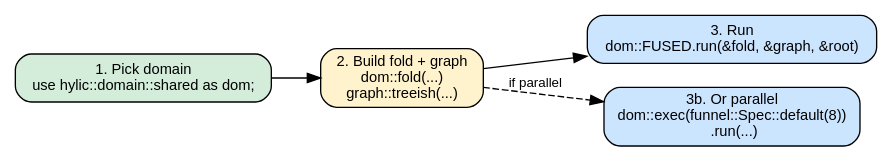
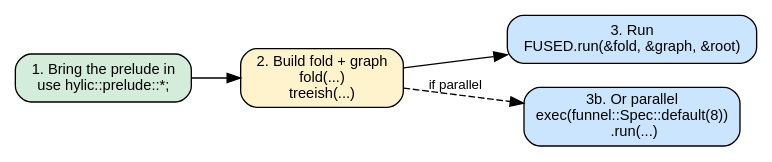
Before and after one commit to hylic-recursion/hylic-docs: the third of 3 diagrams in book/src/guides/concept_map.md, drawn with Graphviz. The commit also changed other lines of this file and 15 other files, not shown here.

````diff
--- a/book/src/guides/concept_map.md
+++ b/book/src/guides/concept_map.md
@@ -123,15 +123,15 @@
 ```dot process
 digraph {
     rankdir=LR;
     node [shape=box, style="rounded,filled", fillcolor="#f5f5f5", fontname="sans-serif", fontsize=11];
     edge [fontname="sans-serif", fontsize=10];
 
-    pick [label="1. Pick domain\nuse hylic::domain::shared as dom;", fillcolor="#d4edda"];
-    build [label="2. Build fold + graph\ndom::fold(...)\ngraph::treeish(...)", fillcolor="#fff3cd"];
-    run [label="3. Run\ndom::FUSED.run(&fold, &graph, &root)", fillcolor="#cce5ff"];
-    par [label="3b. Or parallel\ndom::exec(funnel::Spec::default(8))\n  .run(...)", fillcolor="#cce5ff"];
+    pick [label="1. Bring the prelude in\nuse hylic::prelude::*;", fillcolor="#d4edda"];
+    build [label="2. Build fold + graph\nfold(...)\ntreeish(...)", fillcolor="#fff3cd"];
+    run [label="3. Run\nFUSED.run(&fold, &graph, &root)", fillcolor="#cce5ff"];
+    par [label="3b. Or parallel\nexec(funnel::Spec::default(8))\n  .run(...)", fillcolor="#cce5ff"];
 
     pick -> build -> run;
     build -> par [style=dashed, label="if parallel"];
 }
 ```
````
